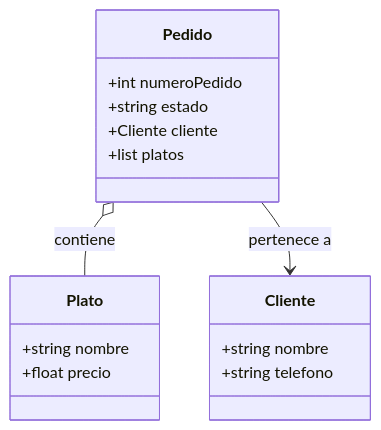
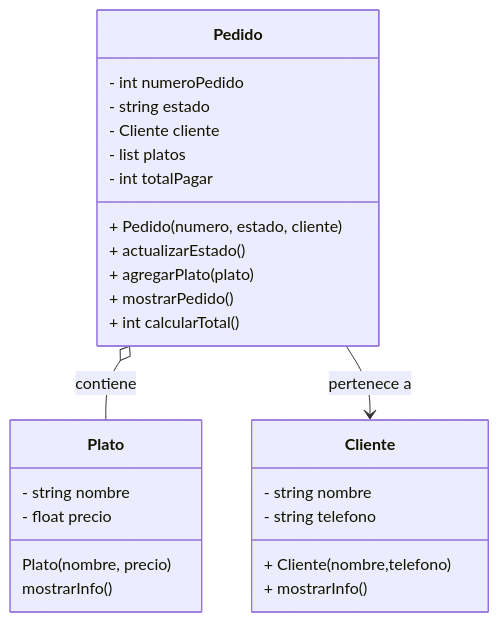
Before and after one commit to lufe089/POO: the third of 3 diagrams in 6. EjerciciosCod1Relaciones.md, drawn with Mermaid. The commit also changed other lines of this file, not shown here.

````diff
--- a/6. EjerciciosCod1Relaciones.md
+++ b/6. EjerciciosCod1Relaciones.md
@@ -67,19 +98,31 @@
 ```mermaid
 classDiagram
     class Cliente {
-        +string nombre
-        +string telefono
+        - string nombre
+        - string telefono
+
+        + Cliente(nombre,telefono)
+        + mostrarInfo()
     }
     class Pedido {
-        +int numeroPedido
-        +string estado
-        +Cliente cliente
-        +list<Plato> platos
+        - int numeroPedido
+        - string estado
+        - Cliente cliente
+        - list<Plato> platos
+        - int totalPagar
+        + Pedido(numero, estado, cliente)
+        + actualizarEstado()
+        + agregarPlato(plato)
+        + mostrarPedido()
+        + int calcularTotal()
     }
     class Plato {
-        +string nombre
-        +float precio
+        - string nombre
+        - float precio
+
+        Plato(nombre, precio)
+        mostrarInfo()
     }
     Pedido o-- Plato : contiene
     Pedido --> Cliente : pertenece a
 ```
````
